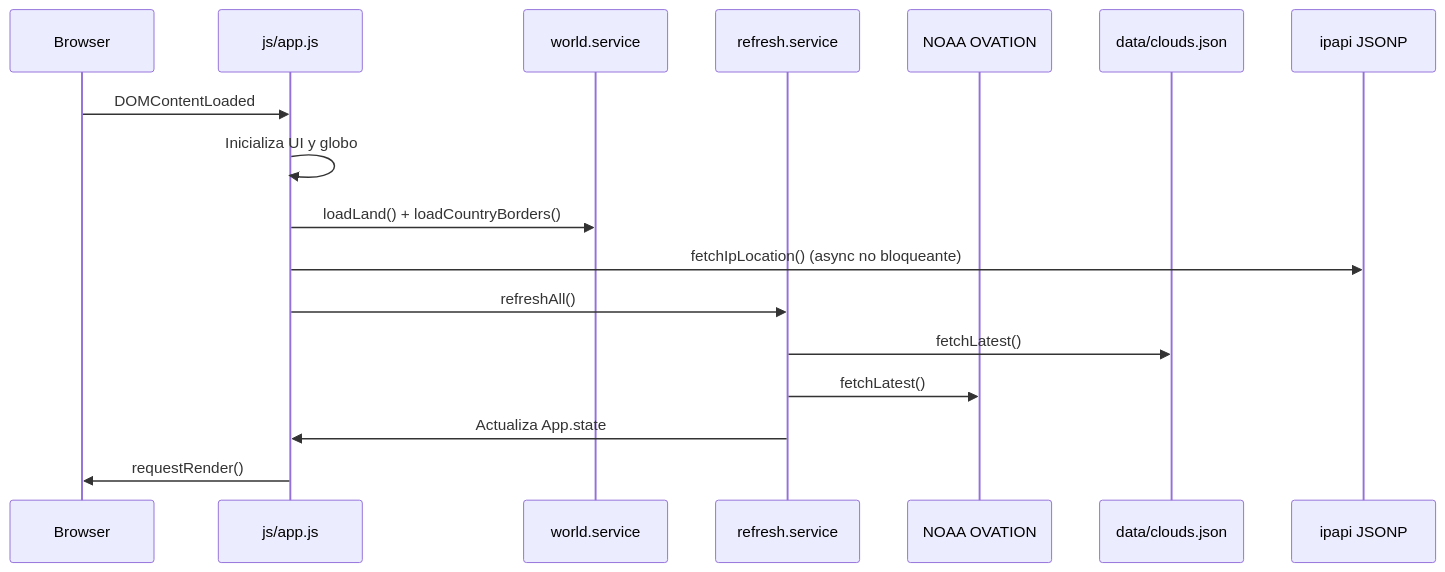
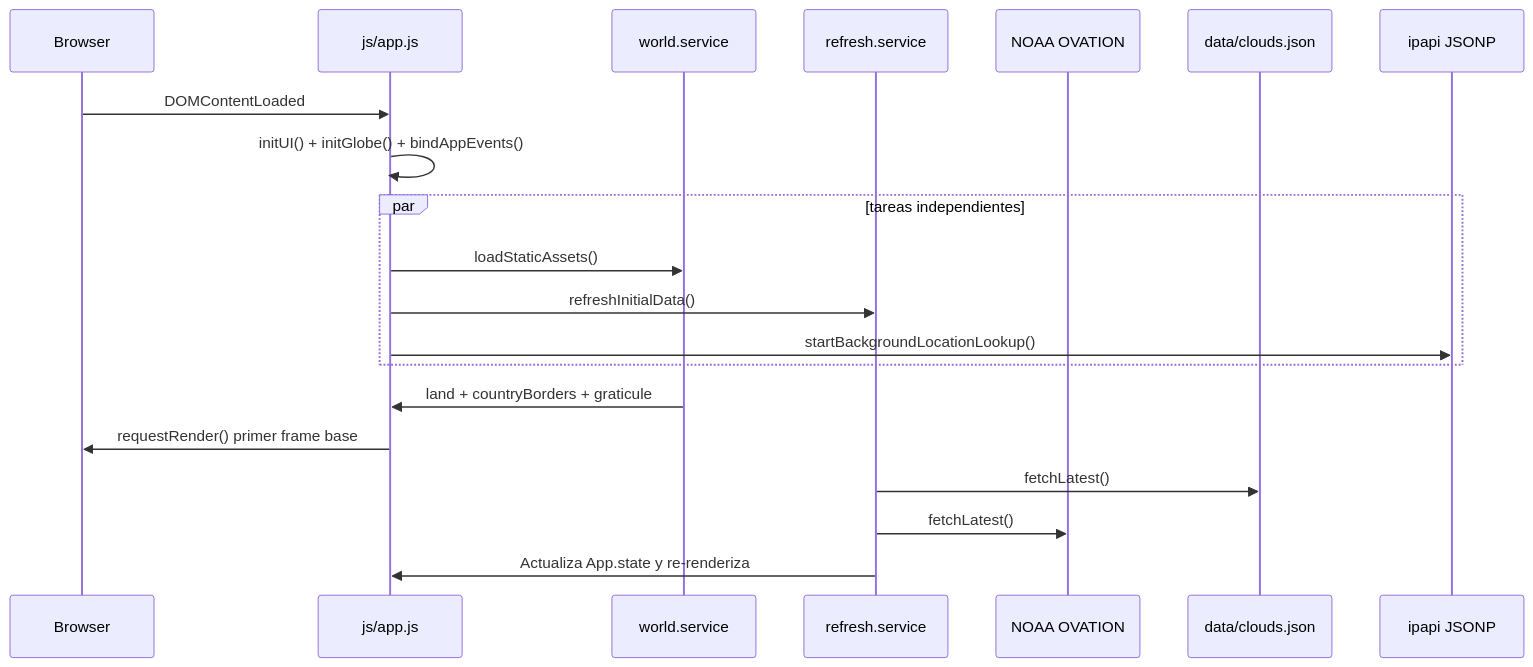
One commit to romezamario/auroras-boreales changed the second of 4 diagrams in README.md. Above: the diagram before and after it, drawn with Mermaid. The commit also changed other lines of this file and 2 other files, not shown here.

Commit message:
Refactor app bootstrap orchestration

````diff
--- a/README.md
+++ b/README.md
@@ -64,20 +64,23 @@
 ```mermaid
 sequenceDiagram
     participant B as Browser
     participant App as js/app.js
     participant World as world.service
     participant Refresh as refresh.service
     participant NOAA as NOAA OVATION
     participant Clouds as data/clouds.json
     participant IP as ipapi JSONP
 
     B->>App: DOMContentLoaded
-    App->>App: Inicializa UI y globo
-    App->>World: loadLand() + loadCountryBorders()
-    App->>IP: fetchIpLocation() (async no bloqueante)
-    App->>Refresh: refreshAll()
+    App->>App: initUI() + initGlobe() + bindAppEvents()
+    par tareas independientes
+        App->>World: loadStaticAssets()
+        App->>Refresh: refreshInitialData()
+        App->>IP: startBackgroundLocationLookup()
+    end
+    World->>App: land + countryBorders + graticule
+    App->>B: requestRender() primer frame base
     Refresh->>Clouds: fetchLatest()
     Refresh->>NOAA: fetchLatest()
-    Refresh->>App: Actualiza App.state
-    App->>B: requestRender()
+    Refresh->>App: Actualiza App.state y re-renderiza
 ```
````
